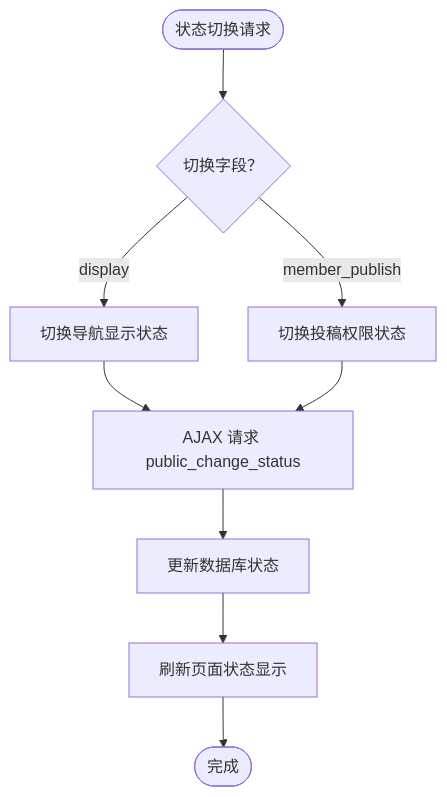
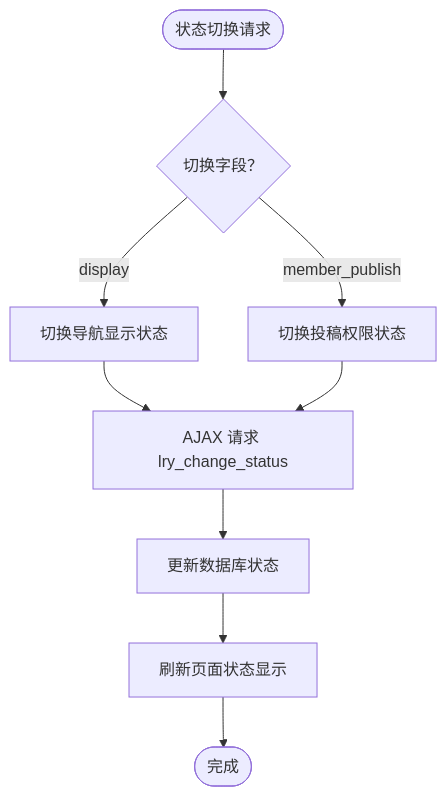
One commit to lirongyaoper/lryblog.com changed the ninth of 10 diagrams in .qoder/repowiki/zh/content/后台管理模块/分类管理/分类基本操作.md. Above: the diagram before and after it, drawn with Mermaid. The commit also changed other lines of this file and 7 other files, not shown here.

````diff
--- a/.qoder/repowiki/zh/content/后台管理模块/分类管理/分类基本操作.md
+++ b/.qoder/repowiki/zh/content/后台管理模块/分类管理/分类基本操作.md
@@ -331,11 +335,11 @@
 ```mermaid
 flowchart TD
 StatusStart(["状态切换请求"]) --> Field{"切换字段？"}
 Field --> |display| DisplayToggle["切换导航显示状态"]
 Field --> |member_publish| PublishToggle["切换投稿权限状态"]
-DisplayToggle --> AjaxCall["AJAX 请求 public_change_status"]
+DisplayToggle --> AjaxCall["AJAX 请求 lry_change_status"]
 PublishToggle --> AjaxCall
 AjaxCall --> UpdateDB["更新数据库状态"]
 UpdateDB --> RefreshUI["刷新页面状态显示"]
 RefreshUI --> Done(["完成"])
 ```
````
